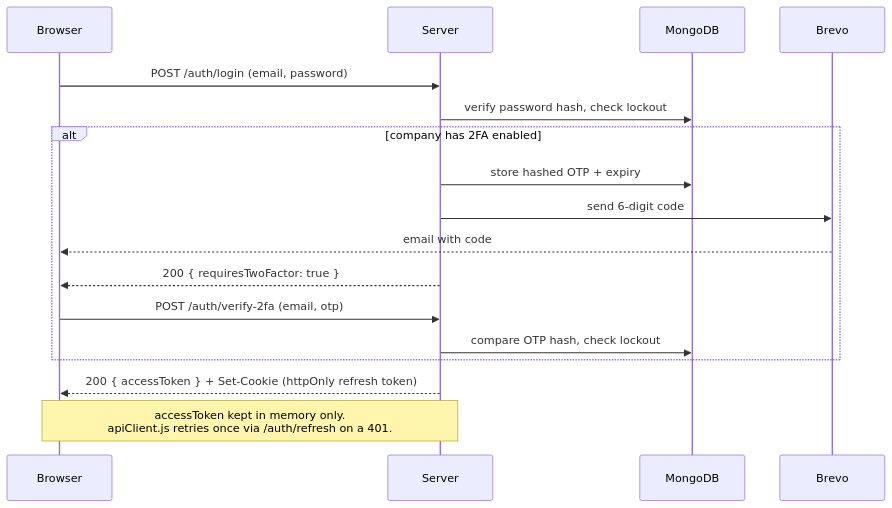
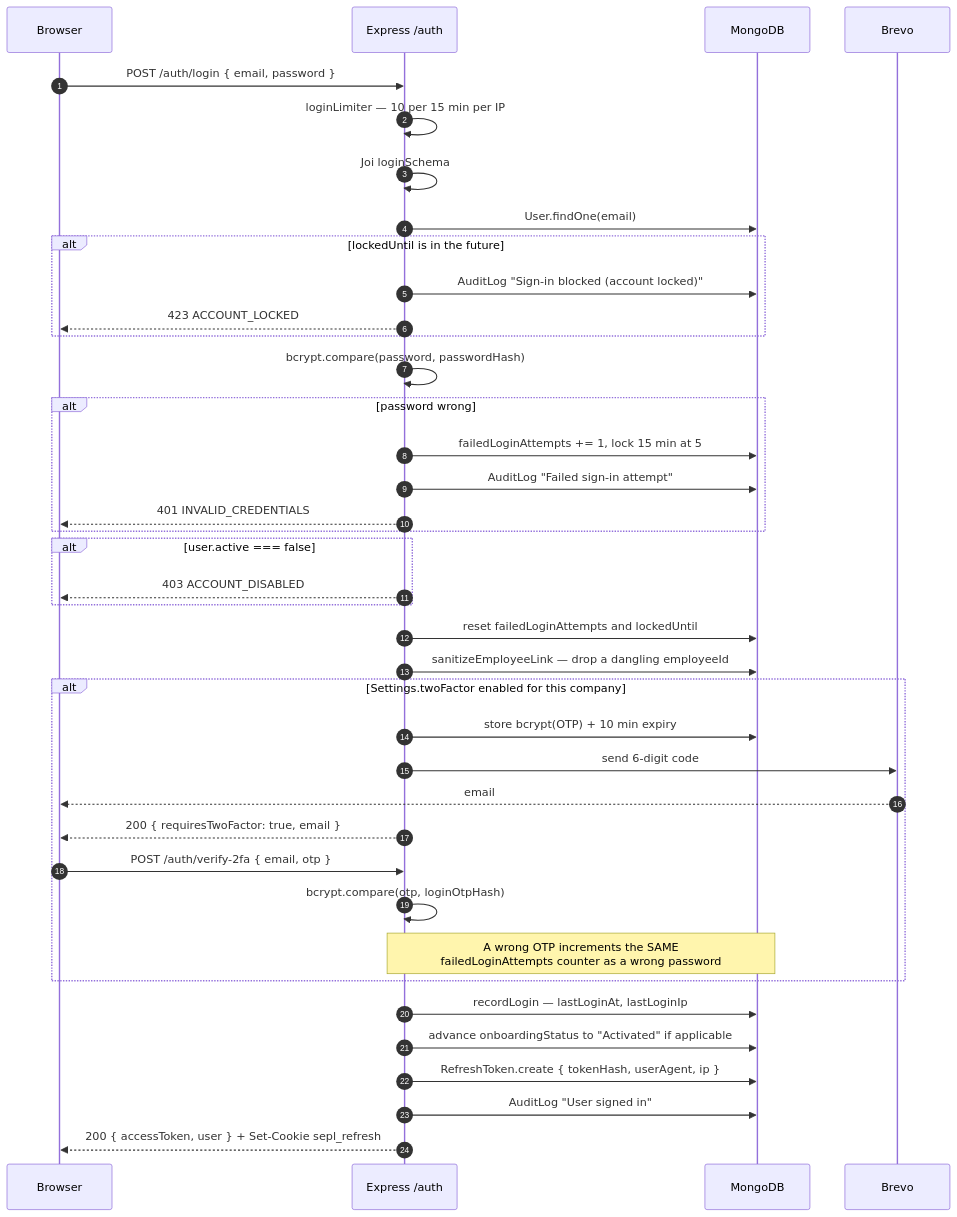
The fourth of 12 diagrams in README.md (sepl65473-lang/Smaatech-HRMS), drawn with Mermaid before and after one commit. The commit also changed other lines of this file, not shown here.

````diff
--- a/README.md
+++ b/README.md
@@ -88,20 +513,49 @@
 ```mermaid
 sequenceDiagram
+    autonumber
     participant U as Browser
-    participant S as Server
+    participant S as Express /auth
     participant D as MongoDB
-    participant B as Brevo
+    participant BR as Brevo
 
-    U->>S: POST /auth/login (email, password)
-    S->>D: verify password hash, check lockout
-    alt company has 2FA enabled
-        S->>D: store hashed OTP + expiry
-        S->>B: send 6-digit code
-        B-->>U: email with code
-        S-->>U: 200 { requiresTwoFactor: true }
-        U->>S: POST /auth/verify-2fa (email, otp)
-        S->>D: compare OTP hash, check lockout
+    U->>S: POST /auth/login { email, password }
+    S->>S: loginLimiter — 10 per 15 min per IP
+    S->>S: Joi loginSchema
+    S->>D: User.findOne(email)
+
+    alt lockedUntil is in the future
+        S->>D: AuditLog "Sign-in blocked (account locked)"
+        S-->>U: 423 ACCOUNT_LOCKED
     end
-    S-->>U: 200 { accessToken } + Set-Cookie (httpOnly refresh token)
-    Note over U,S: accessToken kept in memory only.<br/>apiClient.js retries once via /auth/refresh on a 401.
+
+    S->>S: bcrypt.compare(password, passwordHash)
+
+    alt password wrong
+        S->>D: failedLoginAttempts += 1, lock 15 min at 5
+        S->>D: AuditLog "Failed sign-in attempt"
+        S-->>U: 401 INVALID_CREDENTIALS
+    end
+
+    alt user.active === false
+        S-->>U: 403 ACCOUNT_DISABLED
+    end
+
+    S->>D: reset failedLoginAttempts and lockedUntil
+    S->>D: sanitizeEmployeeLink — drop a dangling employeeId
+
+    alt Settings.twoFactor enabled for this company
+        S->>D: store bcrypt(OTP) + 10 min expiry
+        S->>BR: send 6-digit code
+        BR-->>U: email
+        S-->>U: 200 { requiresTwoFactor: true, email }
+        U->>S: POST /auth/verify-2fa { email, otp }
+        S->>S: bcrypt.compare(otp, loginOtpHash)
+        Note over S,D: A wrong OTP increments the SAME<br/>failedLoginAttempts counter as a wrong password
+    end
+
+    S->>D: recordLogin — lastLoginAt, lastLoginIp
+    S->>D: advance onboardingStatus to "Activated" if applicable
+    S->>D: RefreshToken.create { tokenHash, userAgent, ip }
+    S->>D: AuditLog "User signed in"
+    S-->>U: 200 { accessToken, user } + Set-Cookie sepl_refresh
 ```
````
